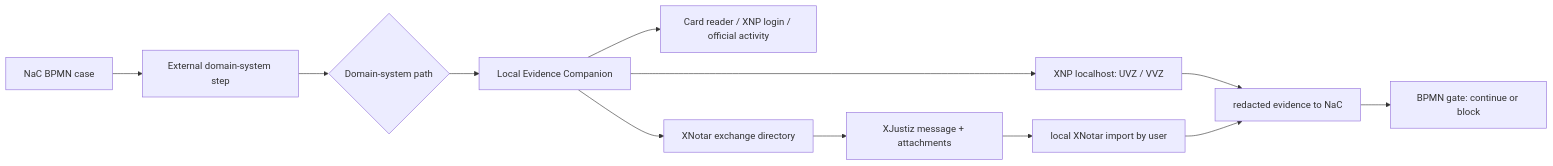
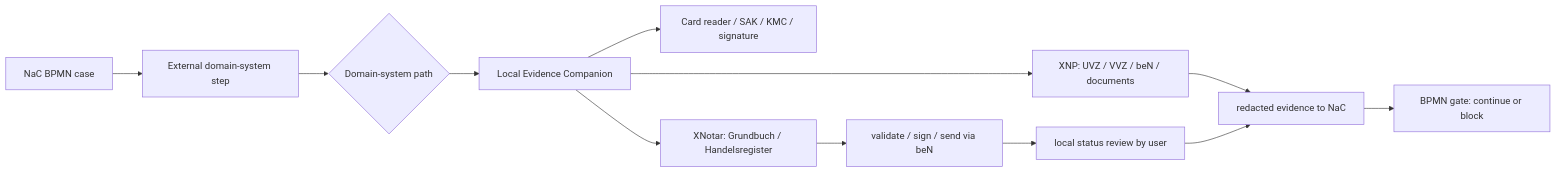
One commit to notariat8/NaC changed the diagram in docs/en/demo/notarkammer-xnp-demo-contract.md. Above: the diagram before and after it, drawn with Mermaid. The commit also changed other lines of this file and 6 other files, not shown here.

````diff
--- a/docs/en/demo/notarkammer-xnp-demo-contract.md
+++ b/docs/en/demo/notarkammer-xnp-demo-contract.md
@@ -58,14 +77,14 @@
 ```mermaid
 flowchart LR
     A["NaC BPMN case"] --> B["External domain-system step"]
     B --> C{"Domain-system path"}
     C --> D["Local Evidence Companion"]
-    D --> E["Card reader / XNP login / official activity"]
-    D --> F["XNP localhost: UVZ / VVZ"]
-    D --> G["XNotar exchange directory"]
-    G --> H["XJustiz message + attachments"]
-    H --> I["local XNotar import by user"]
+    D --> E["Card reader / SAK / KMC / signature"]
+    D --> F["XNP: UVZ / VVZ / beN / documents"]
+    D --> G["XNotar: Grundbuch / Handelsregister"]
+    G --> H["validate / sign / send via beN"]
+    H --> I["local status review by user"]
     F --> J["redacted evidence to NaC"]
     I --> J
     J --> K["BPMN gate: continue or block"]
 ```
````
